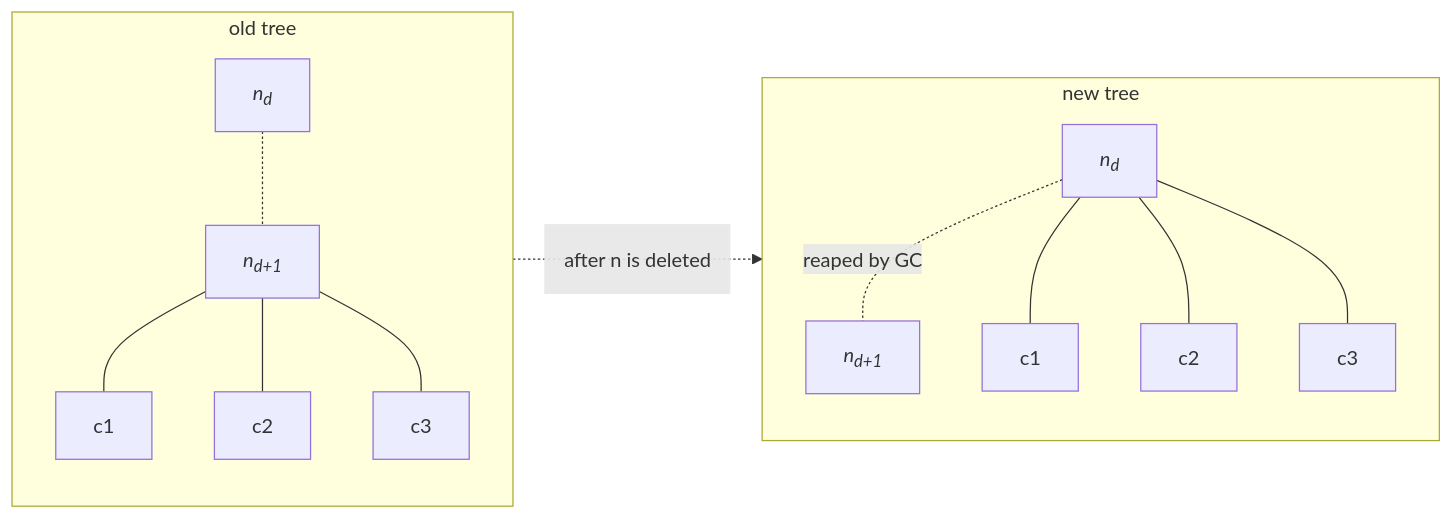
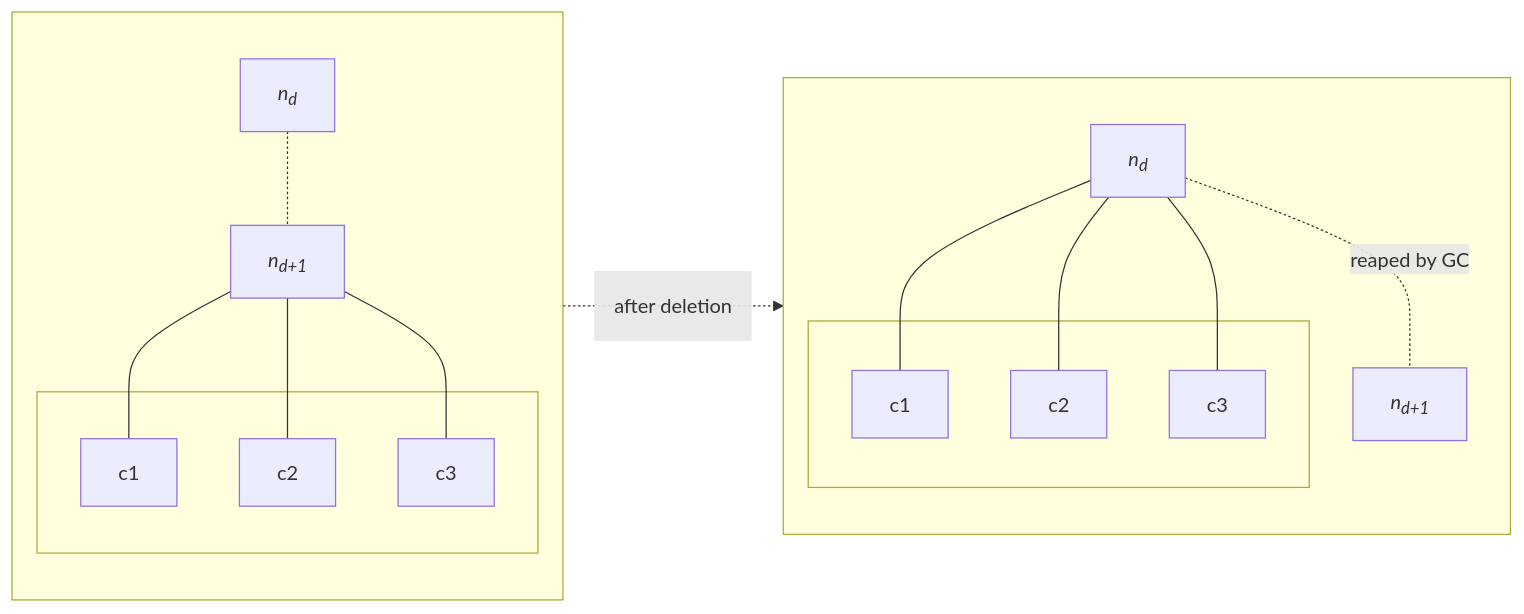
Before and after one commit to nkarl/learn.algorithms: the diagram in study/graphs/notes/dfs-strategy.md, drawn with Mermaid. The commit also changed other lines of this file, not shown here.

````diff
--- a/study/graphs/notes/dfs-strategy.md
+++ b/study/graphs/notes/dfs-strategy.md
@@ -12,19 +18,29 @@
 ```mermaid
 flowchart LR
 
-subgraph old[old tree]
-op1[<em>n<sub>d</sub></em>] -.- oc1[<em>n<sub>d+1</sub></em>]
-oc1 --- oc11[c1]
-oc1 --- oc12[c2]
-oc1 --- oc13[c3]
+subgraph old[" "]
+    op1[<em>n<sub>d</sub></em>] -.- oc1[<em>n<sub>d+1</sub></em>]
+    subgraph oorphan[" "]
+        oc11
+        oc12
+        oc13
+    end
+    oc1 --- oc11[c1]
+    oc1 --- oc12[c2]
+    oc1 --- oc13[c3]
 end
 
-subgraph new[new tree]
-np1[<em>n<sub>d</sub></em>] -.-|reaped by GC| ncd[<em>n<sub>d+1</sub></em>]
-np1 --- nc1[c1]
-np1 --- nc2[c2]
-np1 --- nc3[c3]
+subgraph new[" "]
+    np1[<em>n<sub>d</sub></em>] -.-|reaped by GC| ncd[<em>n<sub>d+1</sub></em>]
+    subgraph norphan[" "]
+        nc1
+        nc2
+        nc3
+    end
+    np1 --- nc1[c1]
+    np1 --- nc2[c2]
+    np1 --- nc3[c3]
 end
 
-old -.->|<p style='padding:1em'>after n is deleted</p>| new
+old -.->|<p style='padding:1em'>after deletion</p>| new
 ```
````
